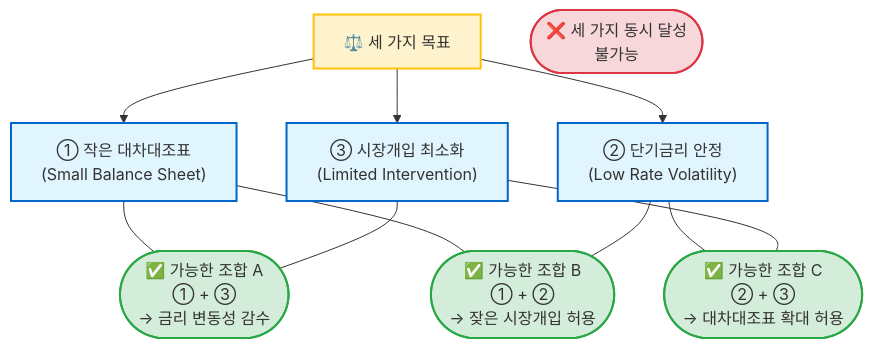
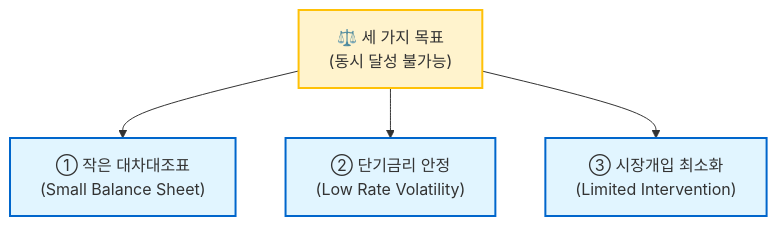
The first of 2 diagrams in content/posts/fed-balance-sheet-trilemma.md (su79eu7k/su79eu7k.github.io), drawn with Mermaid before and after one commit.

Commit message:
Simplify trilemma mermaid diagram to show only three goals

````diff
--- a/content/posts/fed-balance-sheet-trilemma.md
+++ b/content/posts/fed-balance-sheet-trilemma.md
@@ -33,34 +33,18 @@
 ```mermaid
 graph TD
-    A["⚖️ 세 가지 목표"]
+    A["⚖️ 세 가지 목표\n(동시 달성 불가능)"]
 
     G1["① 작은 대차대조표\n(Small Balance Sheet)"]
     G2["② 단기금리 안정\n(Low Rate Volatility)"]
     G3["③ 시장개입 최소화\n(Limited Intervention)"]
 
     A --> G1
     A --> G2
     A --> G3
 
-    C1(["✅ 가능한 조합 A\n① + ③\n→ 금리 변동성 감수"])
-    C2(["✅ 가능한 조합 B\n① + ②\n→ 잦은 시장개입 허용"])
-    C3(["✅ 가능한 조합 C\n② + ③\n→ 대차대조표 확대 허용"])
-    X(["❌ 세 가지 동시 달성\n불가능"])
-
-    G1 --- C1
-    G3 --- C1
-    G1 --- C2
-    G2 --- C2
-    G2 --- C3
-    G3 --- C3
-
     classDef goal fill:#e1f5ff,stroke:#0066cc,stroke-width:2px
-    classDef possible fill:#d4edda,stroke:#28a745,stroke-width:2px
-    classDef impossible fill:#f8d7da,stroke:#dc3545,stroke-width:2px
     classDef header fill:#fff3cd,stroke:#ffc107,stroke-width:2px
 
     class G1,G2,G3 goal
-    class C1,C2,C3 possible
-    class X impossible
     class A header
 ```
````
